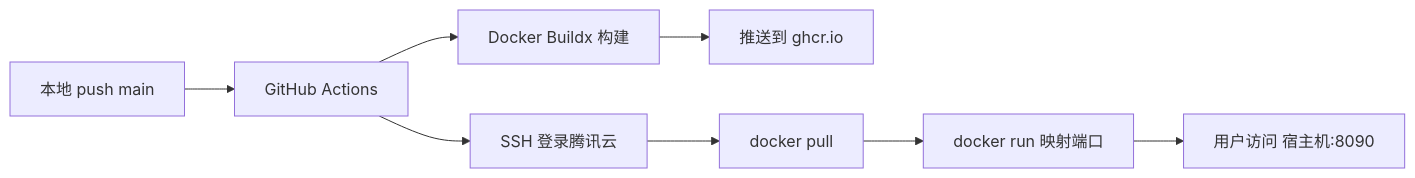
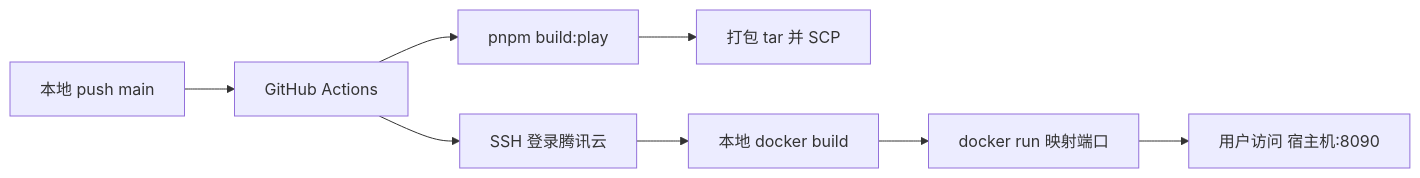
The diagram in scripts/deploy/playground-docker-ops.md (ten-clock/ten-admin), drawn with Mermaid before and after one commit. The commit also changed other lines of this file and 3 other files, not shown here.

````diff
--- a/scripts/deploy/playground-docker-ops.md
+++ b/scripts/deploy/playground-docker-ops.md
@@ -23,10 +23,10 @@
 ```mermaid
 flowchart LR
   A[本地 push main] --> B[GitHub Actions]
-  B --> C[Docker Buildx 构建]
-  C --> D[推送到 ghcr.io]
+  B --> C[pnpm build:play]
+  C --> D[打包 tar 并 SCP]
   B --> E[SSH 登录腾讯云]
-  E --> F[docker pull]
+  E --> F[本地 docker build]
   F --> G[docker run 映射端口]
   G --> H[用户访问 宿主机:8090]
 ```
````
